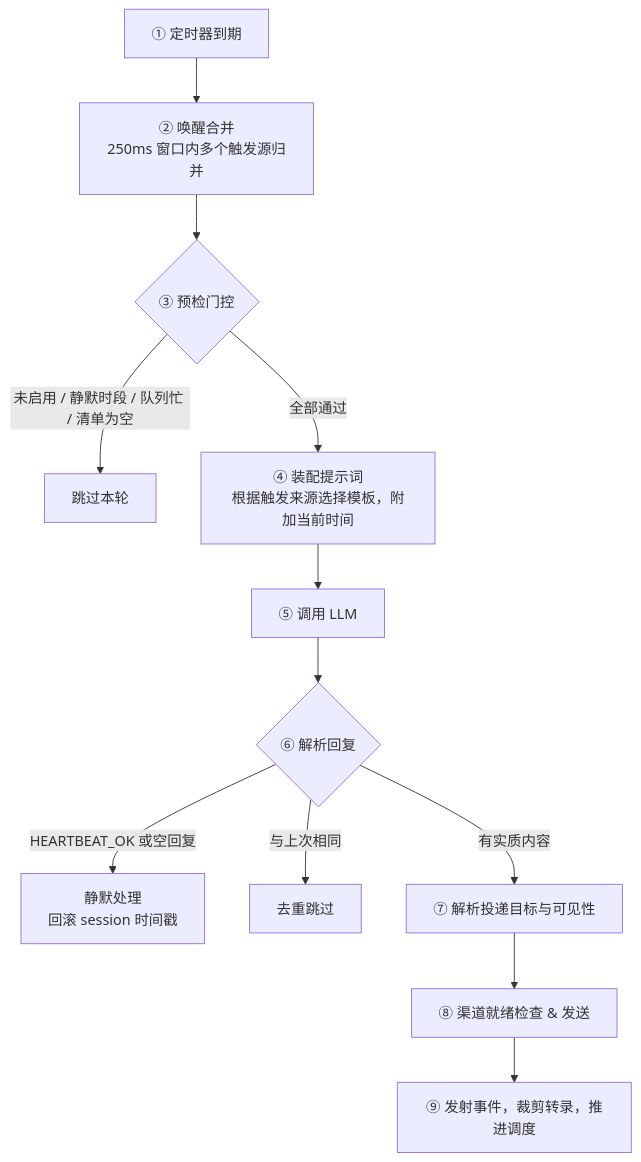
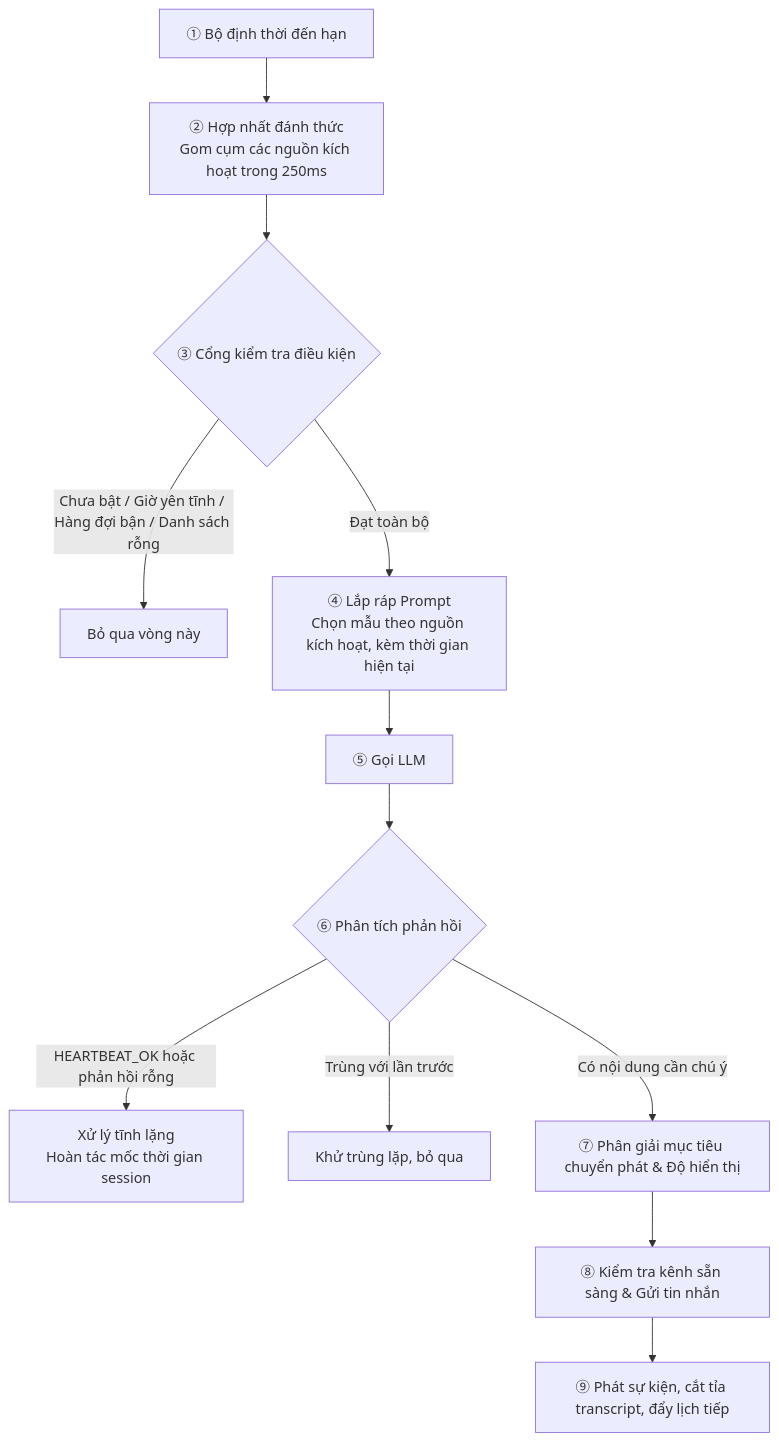
One commit to dino-edu/openclaw_guide changed the diagram in 08_automation_ops/8.3_heartbeat.md. Above: the diagram before and after it, drawn with Mermaid. The commit also changed other lines of this file and 24 other files, not shown here.

````diff
--- a/08_automation_ops/8.3_heartbeat.md
+++ b/08_automation_ops/8.3_heartbeat.md
@@ -27,14 +29,14 @@
 ```mermaid
 flowchart TD
-  A["① 定时器到期"] --> B["② 唤醒合并<br/>250ms 窗口内多个触发源归并"]
-  B --> C{"③ 预检门控"}
-  C -->|"未启用 / 静默时段 / 队列忙 / 清单为空"| SKIP["跳过本轮"]
-  C -->|"全部通过"| D["④ 装配提示词<br/>根据触发来源选择模板，附加当前时间"]
-  D --> E["⑤ 调用 LLM"]
-  E --> F{"⑥ 解析回复"}
-  F -->|"HEARTBEAT_OK 或空回复"| G["静默处理<br/>回滚 session 时间戳"]
-  F -->|"与上次相同"| H["去重跳过"]
-  F -->|"有实质内容"| I["⑦ 解析投递目标与可见性"]
-  I --> J["⑧ 渠道就绪检查 & 发送"]
-  J --> K["⑨ 发射事件，裁剪转录，推进调度"]
+  A["① Bộ định thời đến hạn"] --> B["② Hợp nhất đánh thức<br/>Gom cụm các nguồn kích hoạt trong 250ms"]
+  B --> C{"③ Cổng kiểm tra điều kiện"}
+  C -->|"Chưa bật / Giờ yên tĩnh / Hàng đợi bận / Danh sách rỗng"| SKIP["Bỏ qua vòng này"]
+  C -->|"Đạt toàn bộ"| D["④ Lắp ráp Prompt<br/>Chọn mẫu theo nguồn kích hoạt, kèm thời gian hiện tại"]
+  D --> E["⑤ Gọi LLM"]
+  E --> F{"⑥ Phân tích phản hồi"}
+  F -->|"HEARTBEAT_OK hoặc phản hồi rỗng"| G["Xử lý tĩnh lặng<br/>Hoàn tác mốc thời gian session"]
+  F -->|"Trùng với lần trước"| H["Khử trùng lặp, bỏ qua"]
+  F -->|"Có nội dung cần chú ý"| I["⑦ Phân giải mục tiêu chuyển phát & Độ hiển thị"]
+  I --> J["⑧ Kiểm tra kênh sẵn sàng & Gửi tin nhắn"]
+  J --> K["⑨ Phát sự kiện, cắt tỉa transcript, đẩy lịch tiếp"]
 ```
````
